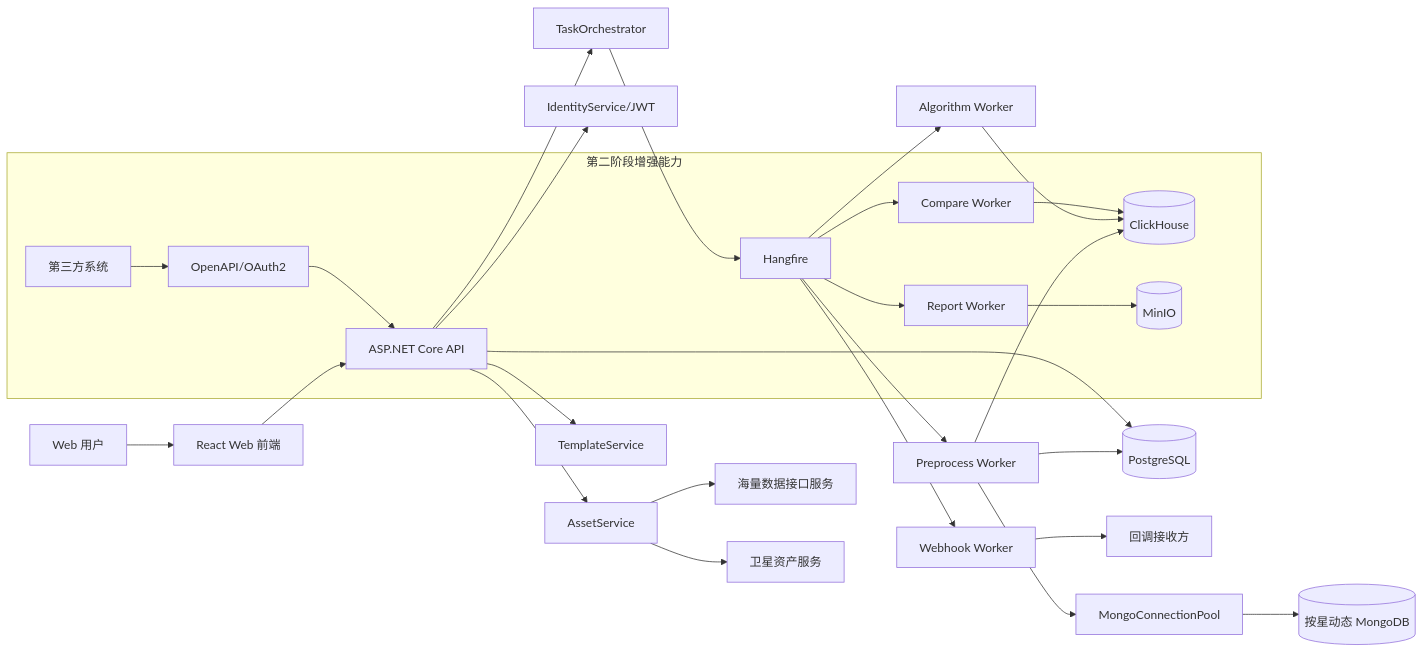
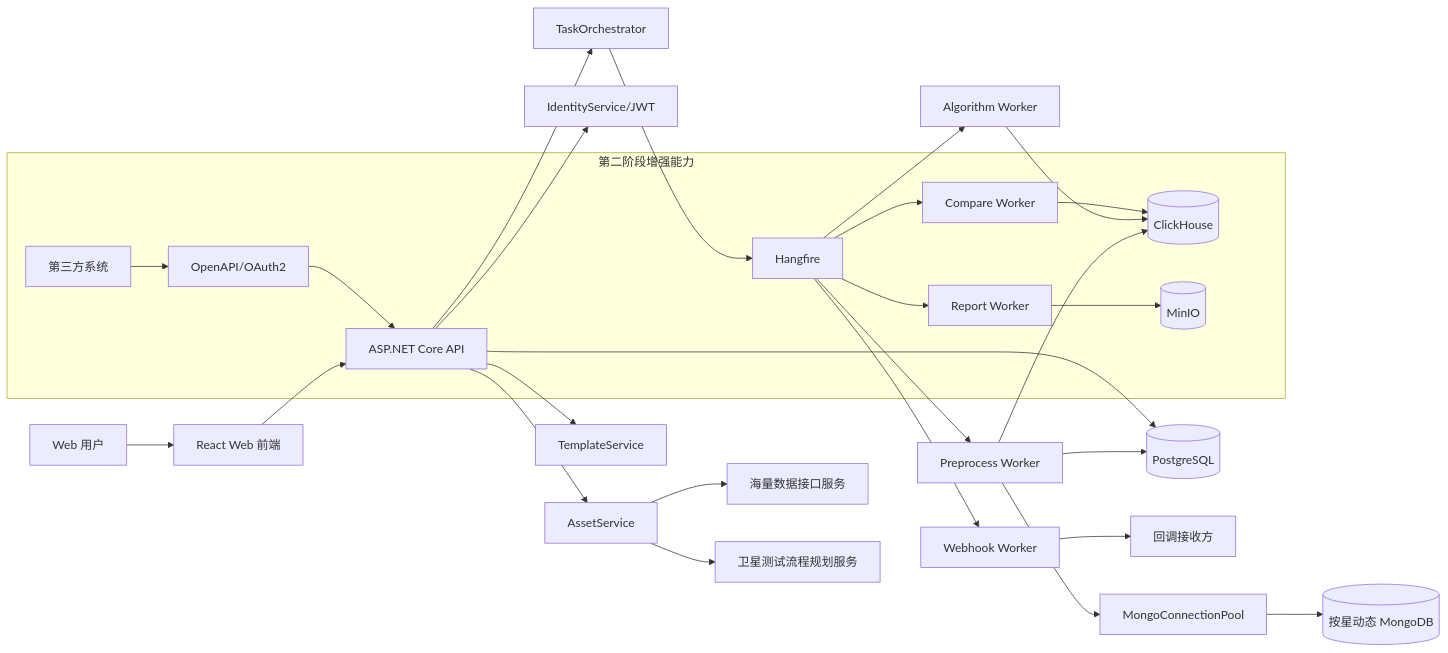
Before and after one commit to supertsingbo-art/SatelliteDataAnalytics: the first of 16 diagrams in design/详细设计文档_卫星测试数据预处理与数据分析平台_V2.0.md, drawn with Mermaid. The commit also changed other lines of this file and 17 other files, not shown here.

````diff
--- a/design/详细设计文档_卫星测试数据预处理与数据分析平台_V2.0.md
+++ b/design/详细设计文档_卫星测试数据预处理与数据分析平台_V2.0.md
@@ -65,34 +65,34 @@
 ```mermaid
 flowchart LR
     U[Web 用户] --> FE[React Web 前端]
     FE --> API[ASP.NET Core API]
 
     API --> Auth[IdentityService/JWT]
     API --> Asset[AssetService]
     API --> Template[TemplateService]
     API --> Task[TaskOrchestrator]
 
     Task --> HF[Hangfire]
     HF --> PreWorker[Preprocess Worker]
     HF --> AlgoWorker[Algorithm Worker]
     HF --> WebhookWorker[Webhook Worker]
 
     Asset --> MassApi[海量数据接口服务]
-    Asset --> SatAssetApi[卫星资产服务]
+    Asset --> SatAssetApi[卫星测试流程规划服务]
     PreWorker --> MongoPool[MongoConnectionPool]
     MongoPool --> Mongo[(按星动态 MongoDB)]
     PreWorker --> CH[(ClickHouse)]
     PreWorker --> PG[(PostgreSQL)]
     AlgoWorker --> CH
     WebhookWorker --> CallbackReceiver[回调接收方]
     API --> PG
 
     subgraph Phase2[第二阶段增强能力]
         C[第三方系统] --> OpenApi[OpenAPI/OAuth2]
         OpenApi --> API
         HF --> CompareWorker[Compare Worker]
         HF --> ReportWorker[Report Worker]
         CompareWorker --> CH
         ReportWorker --> MinIO[(MinIO)]
     end
 ```
````
